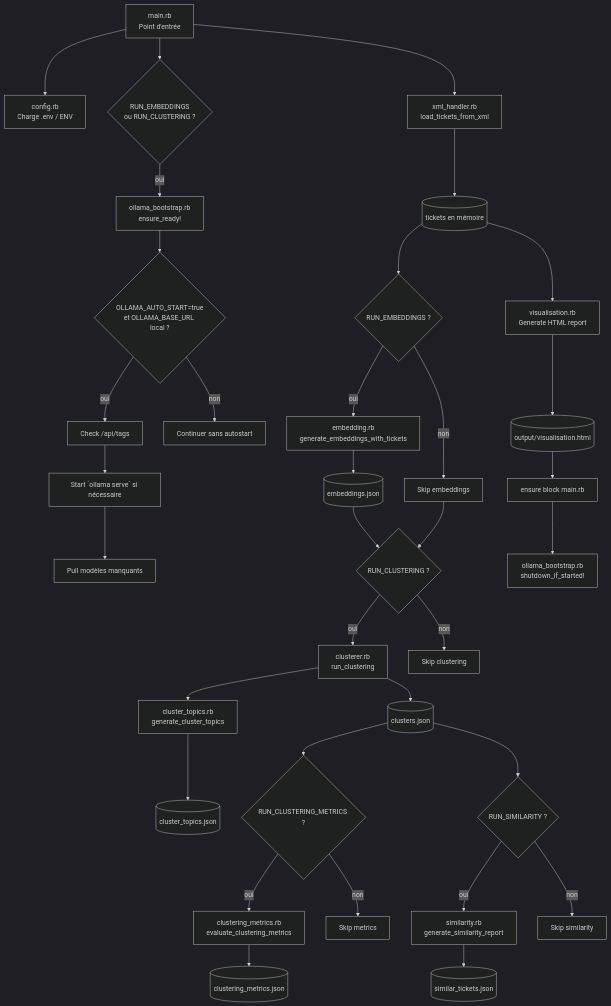
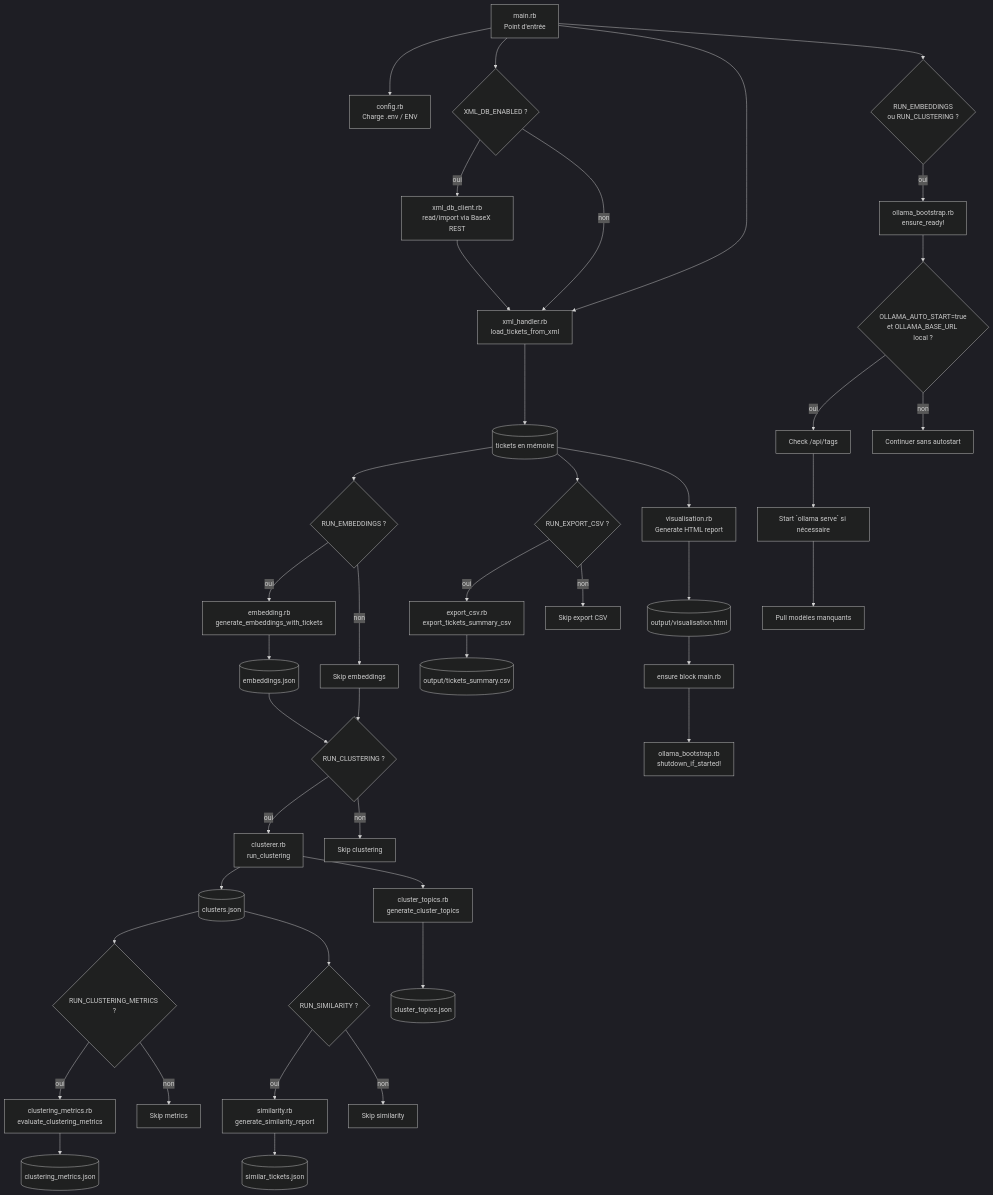
The first of 2 diagrams in docs/code_flow.md (Farounaga/rb_tkts), drawn with Mermaid (dark theme) before and after one commit. The commit also changed other lines of this file and 38 other files, not shown here.

````diff
--- a/docs/code_flow.md
+++ b/docs/code_flow.md
@@ -7,43 +7,52 @@
 ```mermaid
 flowchart TD
     A[main.rb\nPoint d'entrée] --> B[config.rb\nCharge .env / ENV]
+    A --> B1{XML_DB_ENABLED ?}
+    B1 -- oui --> B2[xml_db_client.rb\nread/import via BaseX REST]
+    B1 -- non --> C
+    B2 --> C
     A --> C[xml_handler.rb\nload_tickets_from_xml]
     C --> D[(tickets en mémoire)]
 
     A --> E{RUN_EMBEDDINGS\nou RUN_CLUSTERING ?}
     E -- oui --> F[ollama_bootstrap.rb\nensure_ready!]
     F --> F1{OLLAMA_AUTO_START=true\net OLLAMA_BASE_URL local ?}
     F1 -- oui --> F2[Check /api/tags]
     F2 --> F3[Start `ollama serve` si nécessaire]
     F3 --> F4[Pull modèles manquants]
     F1 -- non --> G[Continuer sans autostart]
 
     D --> H{RUN_EMBEDDINGS ?}
     H -- oui --> I[embedding.rb\ngenerate_embeddings_with_tickets]
     I --> I1[(embeddings.json)]
     H -- non --> J[Skip embeddings]
 
     I1 --> K{RUN_CLUSTERING ?}
     J --> K
     K -- oui --> L[clusterer.rb\nrun_clustering]
     L --> L1[(clusters.json)]
     L --> M[cluster_topics.rb\ngenerate_cluster_topics]
     M --> M1[(cluster_topics.json)]
     K -- non --> N[Skip clustering]
 
     L1 --> O{RUN_CLUSTERING_METRICS ?}
     O -- oui --> P[clustering_metrics.rb\nevaluate_clustering_metrics]
     P --> P1[(clustering_metrics.json)]
     O -- non --> Q[Skip metrics]
 
     L1 --> R{RUN_SIMILARITY ?}
     R -- oui --> S[similarity.rb\ngenerate_similarity_report]
     S --> S1[(similar_tickets.json)]
     R -- non --> T[Skip similarity]
 
+    D --> X{RUN_EXPORT_CSV ?}
+    X -- oui --> Y[export_csv.rb\nexport_tickets_summary_csv]
+    Y --> Y1[(output/tickets_summary.csv)]
+    X -- non --> X2[Skip export CSV]
+
     D --> U[visualisation.rb\nGenerate HTML report]
     U --> U1[(output/visualisation.html)]
 
     U1 --> V[ensure block main.rb]
     V --> W[ollama_bootstrap.rb\nshutdown_if_started!]
 ```
````
